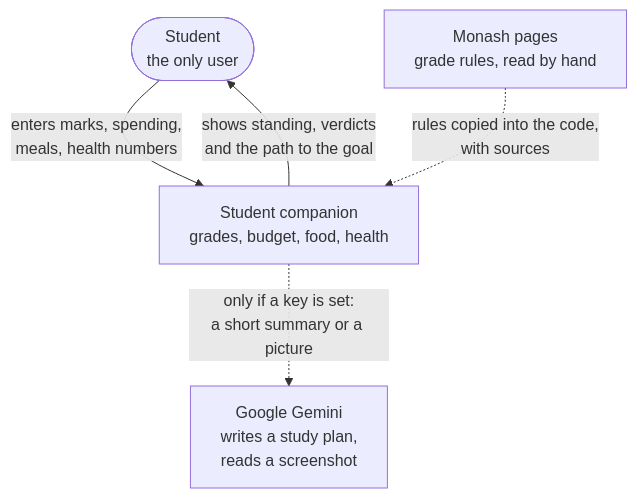
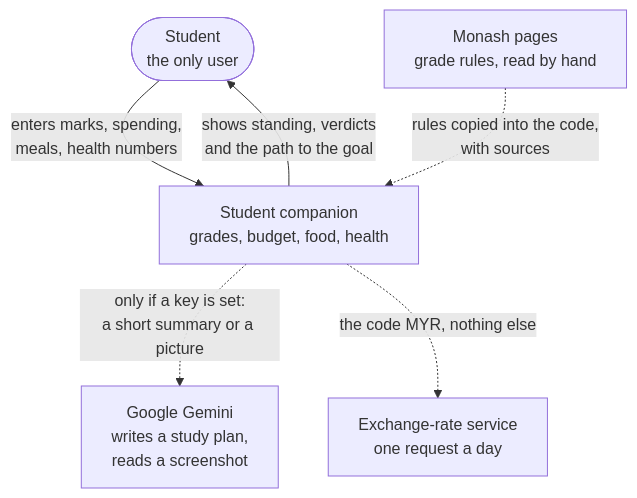
The first of 6 diagrams in docs/02-design/trd.md (sih2006/Everything-A-Monash-Malaysia-Student-Would-Need), drawn with Mermaid before and after one commit. The commit also changed other lines of this file and 15 other files, not shown here.

````diff
--- a/docs/02-design/trd.md
+++ b/docs/02-design/trd.md
@@ -9,12 +9,14 @@
 ```mermaid
 flowchart TB
   student([Student<br/>the only user])
   app[Student companion<br/>grades, budget, food, health]
   gemini[Google Gemini<br/>writes a study plan,<br/>reads a screenshot]
+  rates[Exchange-rate service<br/>one request a day]
   monash[Monash pages<br/>grade rules, read by hand]
 
   student -->|enters marks, spending,<br/>meals, health numbers| app
   app -->|shows standing, verdicts<br/>and the path to the goal| student
   app -.->|only if a key is set:<br/>a short summary or a picture| gemini
+  app -.->|the code MYR, nothing else| rates
   monash -.->|rules copied into the code,<br/>with sources| app
 ```
````
